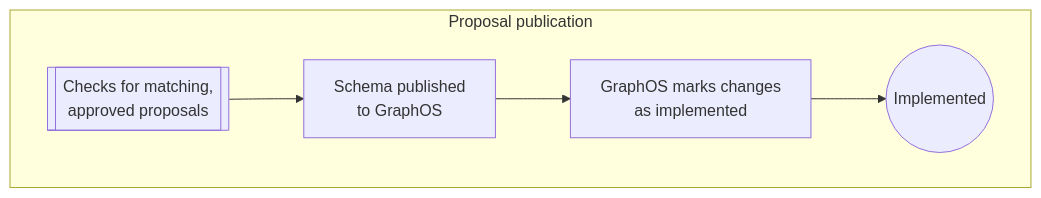
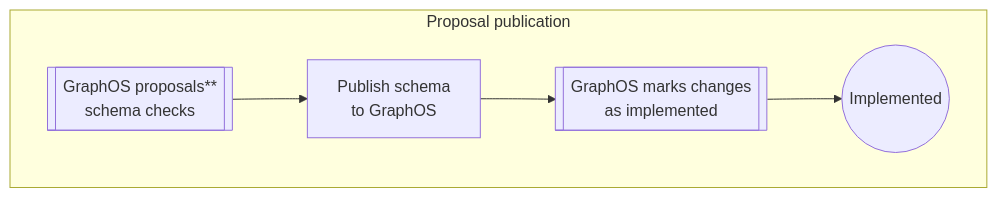
Before and after one commit to apollographql/docs: the fourth of 5 diagrams in src/content/graphos/delivery/schema-proposals.mdx, drawn with Mermaid. The commit also changed other lines of this file, not shown here.

Commit message:
Update diagram terminology

````diff
--- a/src/content/graphos/delivery/schema-proposals.mdx
+++ b/src/content/graphos/delivery/schema-proposals.mdx
@@ -92,12 +92,12 @@
 ```mermaid
 graph LR
     subgraph Implemented ["Proposal publication"]
     direction LR
-    Checks[["Checks for matching, <br/> approved proposals"]]
-    Publish["Schema published <br/> to GraphOS"]
-    Monitor["GraphOS marks changes <br/> as implemented"]
+    Checks[["GraphOS proposals** <br/> schema checks"]]
+    Publish["Publish schema <br/> to GraphOS"]
+    Monitor[["GraphOS marks changes <br/> as implemented"]]
     ImplementedStatus((Implemented))
     Checks --> Publish --> Monitor --> ImplementedStatus
     end
     class ImplementedStatus secondary;
 ```
````
